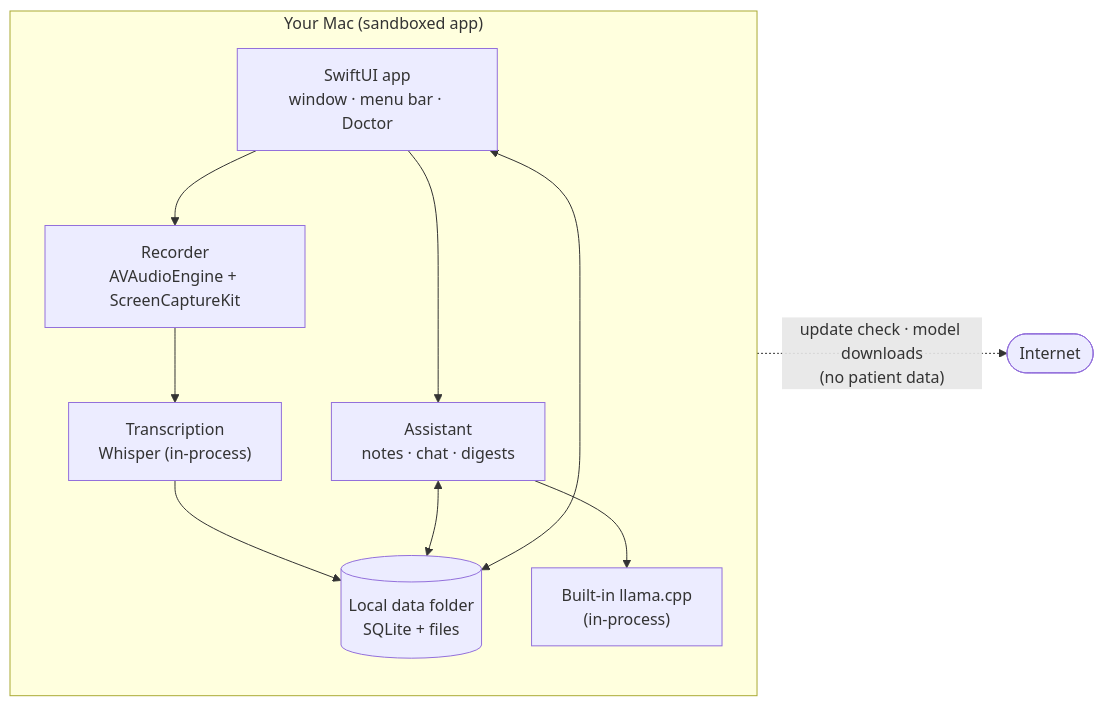
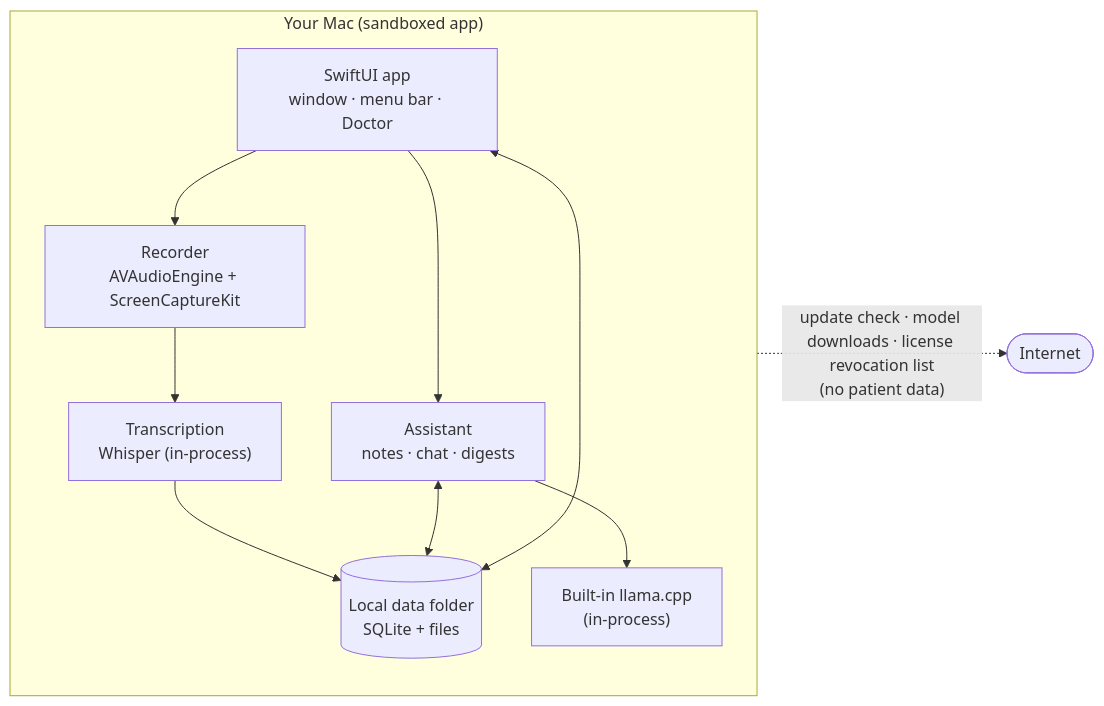
Before and after one commit to mgwedd/aletheia: the first of 3 diagrams in README.md, drawn with Mermaid. The commit also changed other lines of this file and 41 other files, not shown here.

````diff
--- a/README.md
+++ b/README.md
@@ -69,17 +71,17 @@
 ```mermaid
 flowchart LR
   subgraph Mac["Your Mac (sandboxed app)"]
     UI["SwiftUI app<br/>window · menu bar · Doctor"]
     REC["Recorder<br/>AVAudioEngine + ScreenCaptureKit"]
     STT["Transcription<br/>Whisper (in-process)"]
     AI["Assistant<br/>notes · chat · digests"]
     DB[("Local data folder<br/>SQLite + files")]
     LLM["Built-in llama.cpp<br/>(in-process)"]
     UI --> REC --> STT --> DB
     UI --> AI --> LLM
     AI <--> DB
     UI <--> DB
   end
   NET(["Internet"])
-  Mac -. "update check · model downloads<br/>(no patient data)" .-> NET
+  Mac -. "update check · model downloads · license revocation list<br/>(no patient data)" .-> NET
 ```
````
